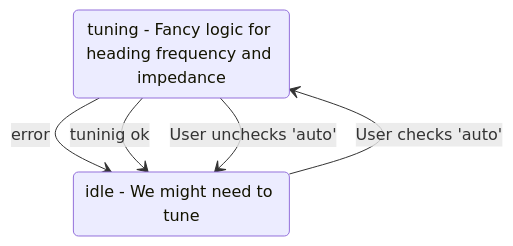
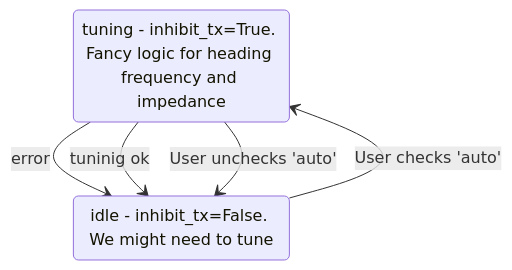
The second of 5 diagrams in src/NanoVNASaver/antenna_peter/README_peter.md (petermaerki/fork_nanovna-saver), drawn with Mermaid before and after one commit. The commit also changed other lines of this file and 2 other files, not shown here.

````diff
--- a/src/NanoVNASaver/antenna_peter/README_peter.md
+++ b/src/NanoVNASaver/antenna_peter/README_peter.md
@@ -44,9 +51,9 @@
 ```mermaid
 stateDiagram-v2
-	tuning: tuning - Fancy logic for heading frequency and impedance
-    idle: idle - We might need to tune
+	tuning: tuning - inhibit_tx=True. Fancy logic for heading frequency and impedance
+    idle: idle - inhibit_tx=False. We might need to tune
     idle --> tuning: User checks 'auto'
     tuning --> idle: error
     tuning --> idle: tuninig ok
     tuning --> idle: User unchecks 'auto'
 ```
````
